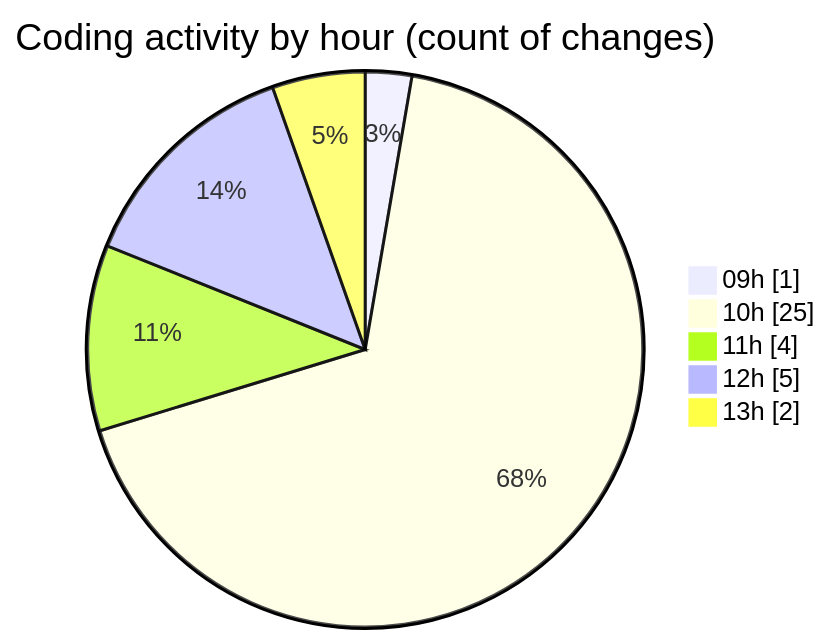
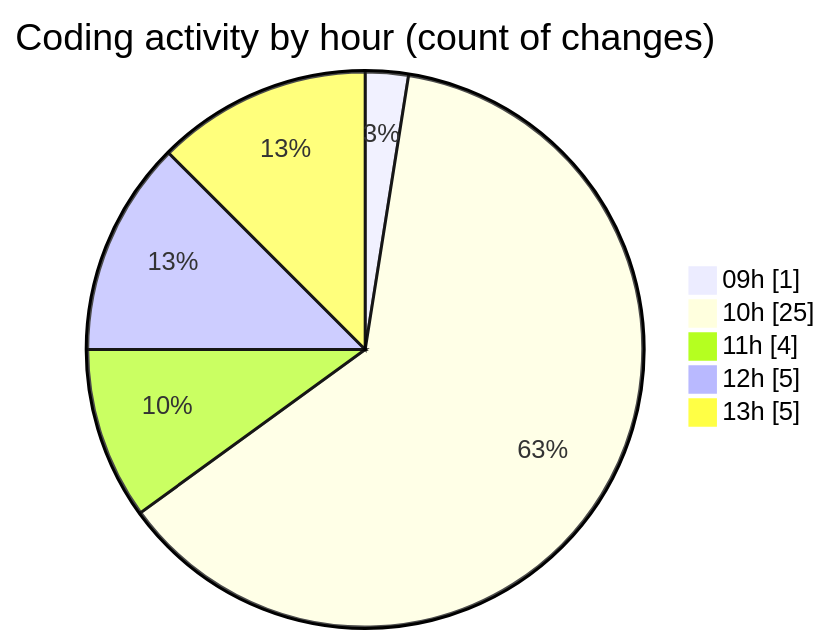
The second of 2 diagrams in 2025-11-17/eventscop-frontend-guide__workspace_/README.md (julien-gomy/code-tracking), drawn with Mermaid before and after one commit. The commit also changed other lines of this file and 1 other file, not shown here.

````diff
--- a/2025-11-17/eventscop-frontend-guide__workspace_/README.md
+++ b/2025-11-17/eventscop-frontend-guide__workspace_/README.md
@@ -45,9 +45,9 @@
 ```mermaid
 pie showData
 title Coding activity by hour (count of changes)
 "09h" : 1
 "10h" : 25
 "11h" : 4
 "12h" : 5
-"13h" : 2
+"13h" : 5
 ```
````
